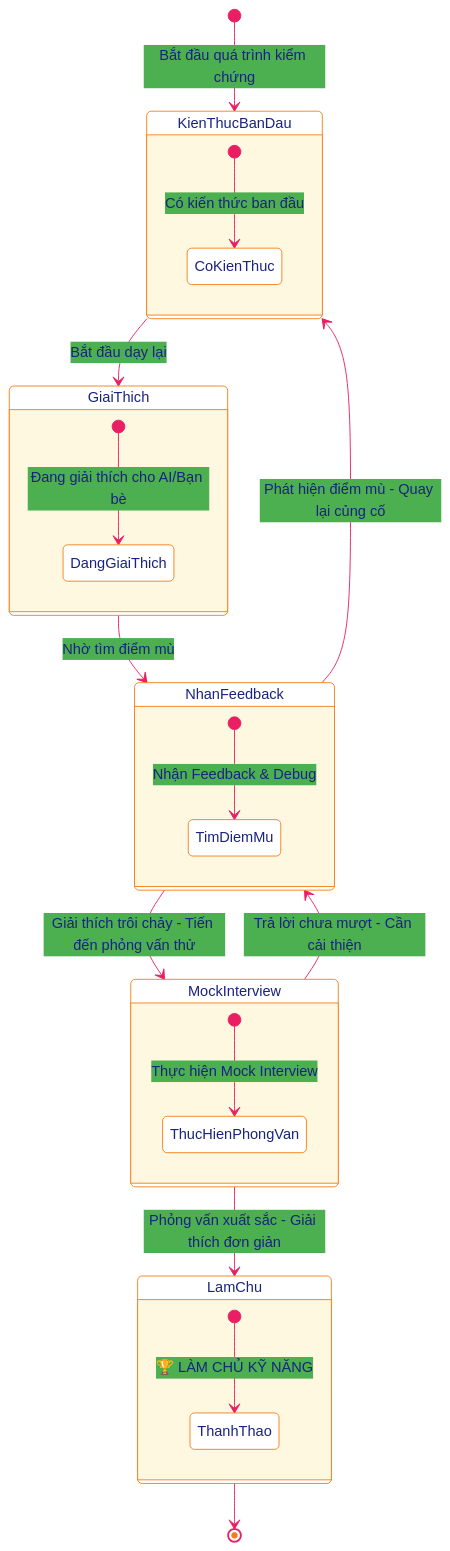
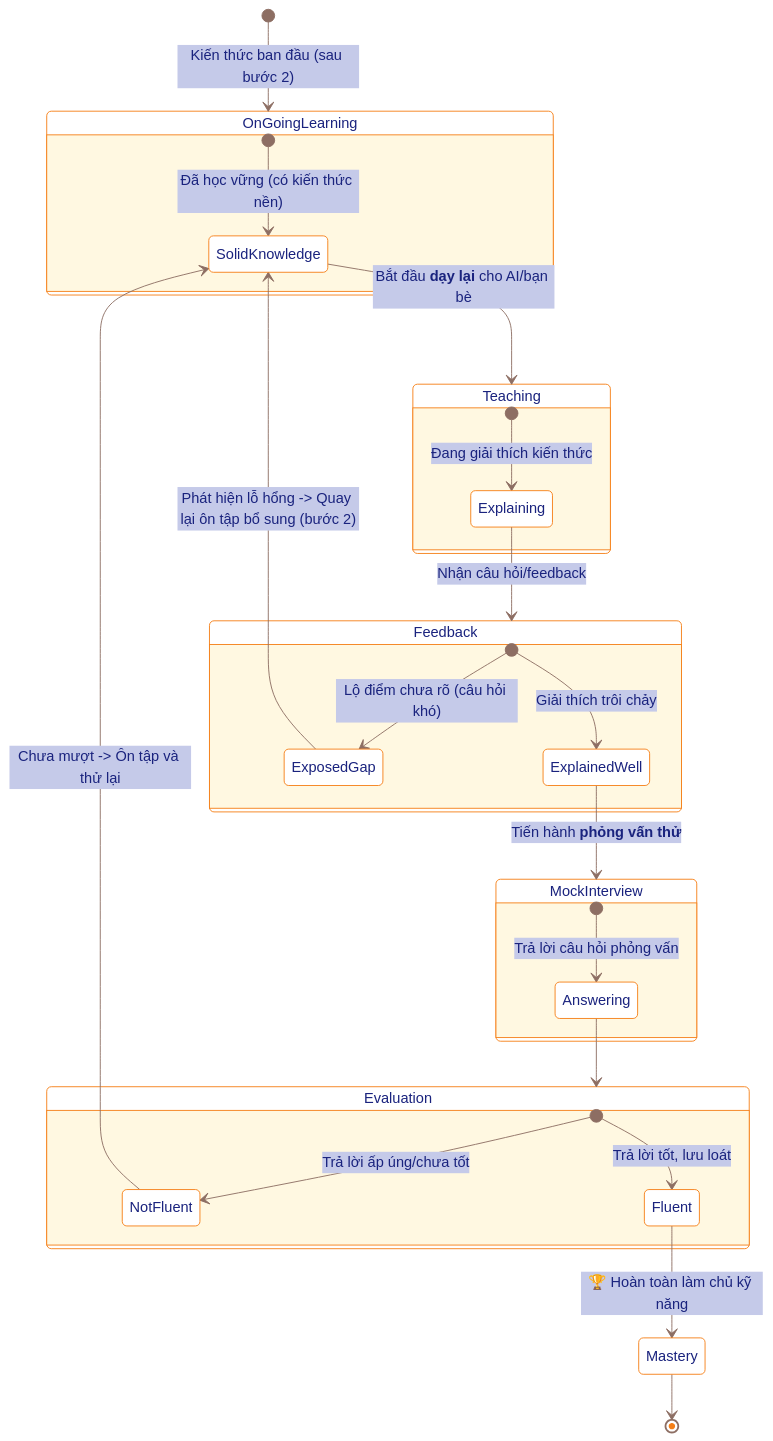
The fourth of 9 diagrams in README.md (khanhnk-phuctho/lifelong-learning), drawn with Mermaid before and after one commit. The commit also changed other lines of this file, not shown here.

````diff
--- a/README.md
+++ b/README.md
@@ -244,73 +245,49 @@
 ```mermaid
 %%{
   init: {
     "theme": "base",
     "themeVariables": {
       "background": "#fff8e1",
       "mainBkg": "#ffffff",
-      "primaryColor": "#ffeb3b",
-      "secondaryColor": "#4caf50",
-      "tertiaryColor": "#2196f3",
-      "quaternaryColor": "#ff5722",
+      "primaryColor": "#ffecb3",
+      "secondaryColor": "#c5cae9",
+      "tertiaryColor": "#b3e5fc",
       "primaryBorderColor": "#f57f17",
-      "secondaryBorderColor": "#2e7d32",
-      "tertiaryBorderColor": "#1565c0",
-      "lineColor": "#e91e63",
+      "secondaryBorderColor": "#303f9f",
+      "tertiaryBorderColor": "#0277bd",
+      "lineColor": "#8d6e63",
       "primaryTextColor": "#1a237e",
       "secondaryTextColor": "#0d47a1",
-      "tertiaryTextColor": "#4a148c",
-      "c0": "#ffcdd2",
-      "c1": "#f8bbd9",
-      "c2": "#e1bee7",
-      "c3": "#d1c4e9",
-      "c4": "#c5cae9",
-      "c5": "#bbdefb",
-      "c6": "#b3e5fc",
-      "c7": "#b2ebf2",
-      "c8": "#b2dfdb",
-      "c9": "#c8e6c9",
-      "c10": "#dcedc8",
-      "c11": "#f0f4c3",
-      "c12": "#fff9c4",
-      "c13": "#ffecb3",
-      "c14": "#ffe0b2",
-      "c15": "#ffccbc",
-      "c16": "#d7ccc8",
-      "c17": "#f5f5f5",
-      "c18": "#cfd8dc"
+      "tertiaryTextColor": "#004d40"
     }
   }
 }%%
 stateDiagram-v2
-    [*] --> KienThucBanDau: Bắt đầu quá trình kiểm chứng
-   
-    state KienThucBanDau {
-        [*] --> CoKienThuc: Có kiến thức ban đầu
+    [*] --> OnGoingLearning: Kiến thức ban đầu (sau bước 2)
+    state OnGoingLearning { 
+        [*] --> SolidKnowledge: Đã học vững (có kiến thức nền)
     }
-   
-    state GiaiThich {
-        [*] --> DangGiaiThich: Đang giải thích cho AI/Bạn bè
+    SolidKnowledge --> Teaching: Bắt đầu **dạy lại** cho AI/bạn bè
+    state Teaching {
+        [*] --> Explaining: Đang giải thích kiến thức
     }
-   
-    state NhanFeedback {
-        [*] --> TimDiemMu: Nhận Feedback & Debug
+    Explaining --> Feedback: Nhận câu hỏi/feedback
+    state Feedback {
+        [*] --> ExposedGap: Lộ điểm chưa rõ (câu hỏi khó)
+        [*] --> ExplainedWell: Giải thích trôi chảy
     }
-   
+    ExposedGap --> SolidKnowledge: Phát hiện lỗ hổng -> Quay lại ôn tập bổ sung (bước 2)
+    ExplainedWell --> MockInterview: Tiến hành **phỏng vấn thử**
     state MockInterview {
-        [*] --> ThucHienPhongVan: Thực hiện Mock Interview
+        [*] --> Answering: Trả lời câu hỏi phỏng vấn
     }
-   
-    state LamChu {
-        [*] --> ThanhThao: 🏆 LÀM CHỦ KỸ NĂNG
+    Answering --> Evaluation
+    state Evaluation {
+        [*] --> NotFluent: Trả lời ấp úng/chưa tốt
+        [*] --> Fluent: Trả lời tốt, lưu loát
     }
-    KienThucBanDau --> GiaiThich: Bắt đầu dạy lại
-    GiaiThich --> NhanFeedback: Nhờ tìm điểm mù
-   
-    NhanFeedback --> KienThucBanDau: Phát hiện điểm mù - Quay lại củng cố
-    NhanFeedback --> MockInterview: Giải thích trôi chảy - Tiến đến phỏng vấn thử
-   
-    MockInterview --> NhanFeedback: Trả lời chưa mượt - Cần cải thiện
-    MockInterview --> LamChu: Phỏng vấn xuất sắc - Giải thích đơn giản
-   
-    LamChu --> [*]
+    NotFluent --> SolidKnowledge: Chưa mượt -> Ôn tập và thử lại
+    Fluent --> Mastery: 🏆 Hoàn toàn làm chủ kỹ năng
+    Mastery --> [*]
+
 ```
````
